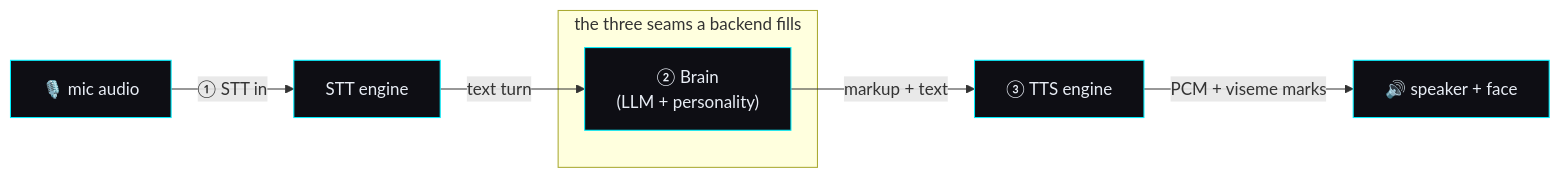
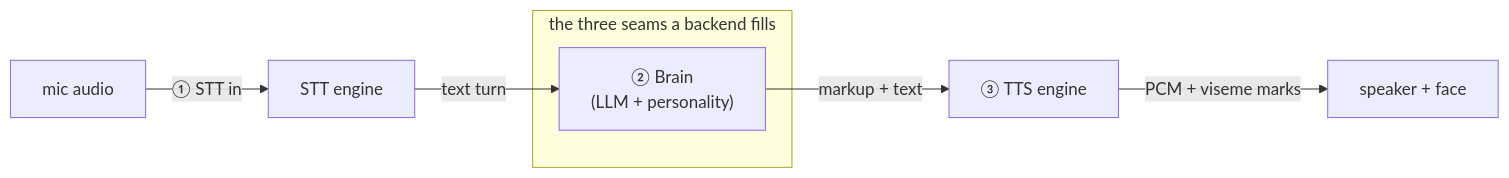
One commit to mvalancy/moxie-robot-saver changed the diagram in docs/architecture/ai-seam.md. Above: the diagram before and after it, drawn with Mermaid. The commit also changed other lines of this file and 454 other files, not shown here.

````diff
--- a/docs/architecture/ai-seam.md
+++ b/docs/architecture/ai-seam.md
@@ -20,12 +18,10 @@
 ```mermaid
 flowchart LR
-  mic["🎙️ mic audio"] -->|"① STT in"| stt["STT engine"]
+  mic["mic audio"] -->|"① STT in"| stt["STT engine"]
   stt -->|"text turn"| brain
   subgraph seam["the three seams a backend fills"]
     brain["② Brain<br/>(LLM + personality)"]
   end
   brain -->|"markup + text"| tts["③ TTS engine"]
-  tts -->|"PCM + viseme marks"| spk["🔊 speaker + face"]
-  classDef s fill:#0e0e14,stroke:#00f0ff,color:#e8edf5;
-  class mic,stt,brain,tts,spk s;
+  tts -->|"PCM + viseme marks"| spk["speaker + face"]
 ```
````
